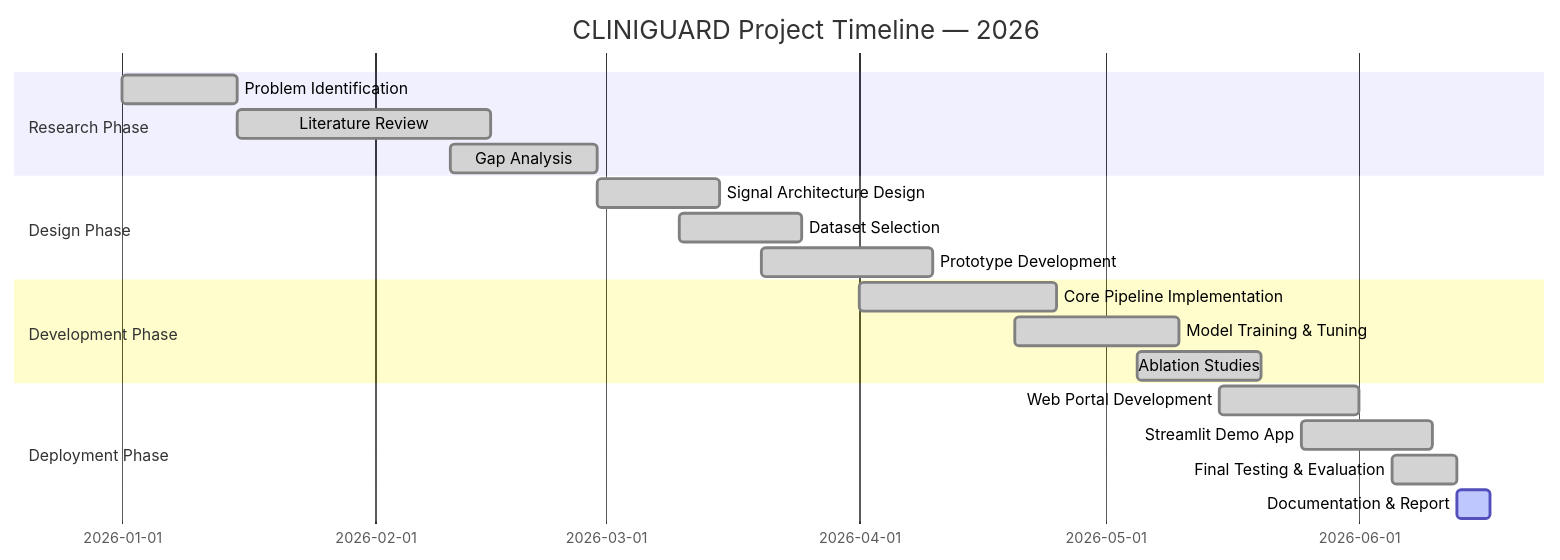
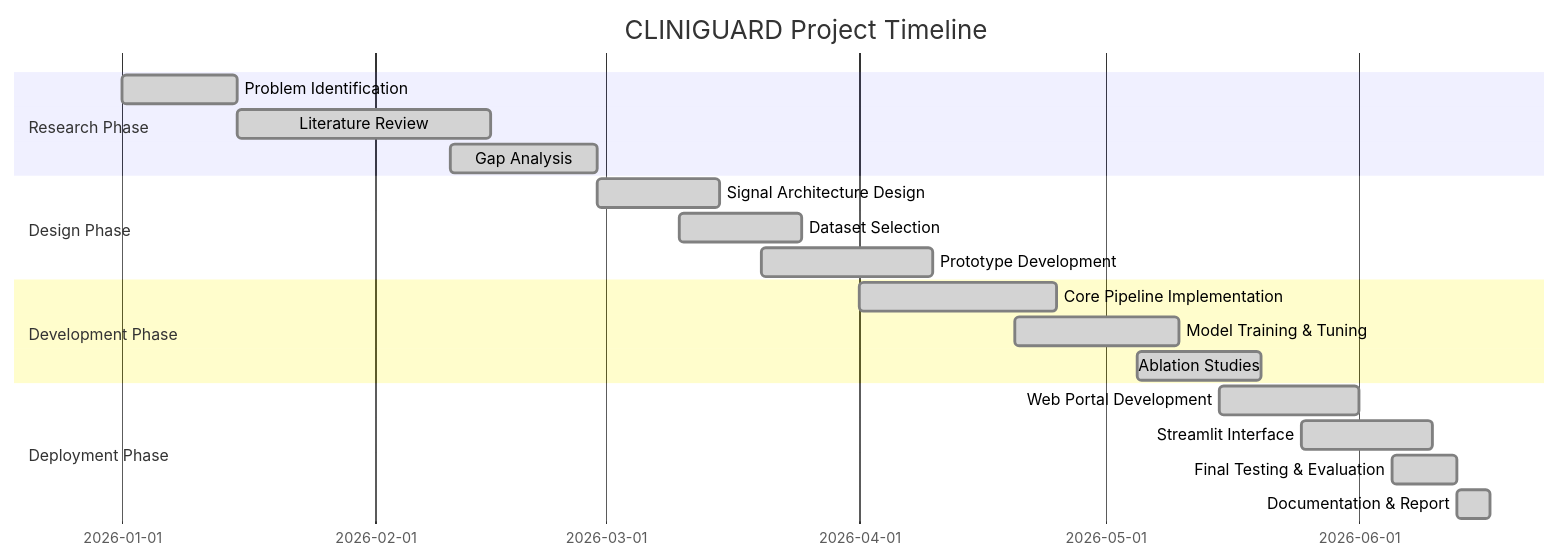
Before and after one commit to yogeshravi19/cliniguard: the first of 19 diagrams in CLINIGUARD_Project_Documentation_Report.md, drawn with Mermaid. The commit also changed other lines of this file and 1 other file, not shown here.

Commit message:
Formalize documentation language and generate official docx

````diff
--- a/CLINIGUARD_Project_Documentation_Report.md
+++ b/CLINIGUARD_Project_Documentation_Report.md
@@ -63,22 +60,22 @@
 ```mermaid
 gantt
-    title CLINIGUARD Project Timeline — 2026
+    title CLINIGUARD Project Timeline
     dateFormat  YYYY-MM-DD
     section Research Phase
     Problem Identification       :done, r1, 2026-01-01, 2026-01-15
     Literature Review            :done, r2, 2026-01-15, 2026-02-15
     Gap Analysis                 :done, r3, 2026-02-10, 2026-02-28
     section Design Phase
     Signal Architecture Design   :done, d1, 2026-02-28, 2026-03-15
     Dataset Selection            :done, d2, 2026-03-10, 2026-03-25
     Prototype Development        :done, d3, 2026-03-20, 2026-04-10
     section Development Phase
     Core Pipeline Implementation :done, dev1, 2026-04-01, 2026-04-25
     Model Training & Tuning      :done, dev2, 2026-04-20, 2026-05-10
     Ablation Studies             :done, dev3, 2026-05-05, 2026-05-20
     section Deployment Phase
     Web Portal Development       :done, dep1, 2026-05-15, 2026-06-01
-    Streamlit Demo App           :done, dep2, 2026-05-25, 2026-06-10
+    Streamlit Interface          :done, dep2, 2026-05-25, 2026-06-10
     Final Testing & Evaluation   :done, dep3, 2026-06-05, 2026-06-13
-    Documentation & Report       :active, dep4, 2026-06-13, 2026-06-17
+    Documentation & Report       :done, dep4, 2026-06-13, 2026-06-17
 ```
````
